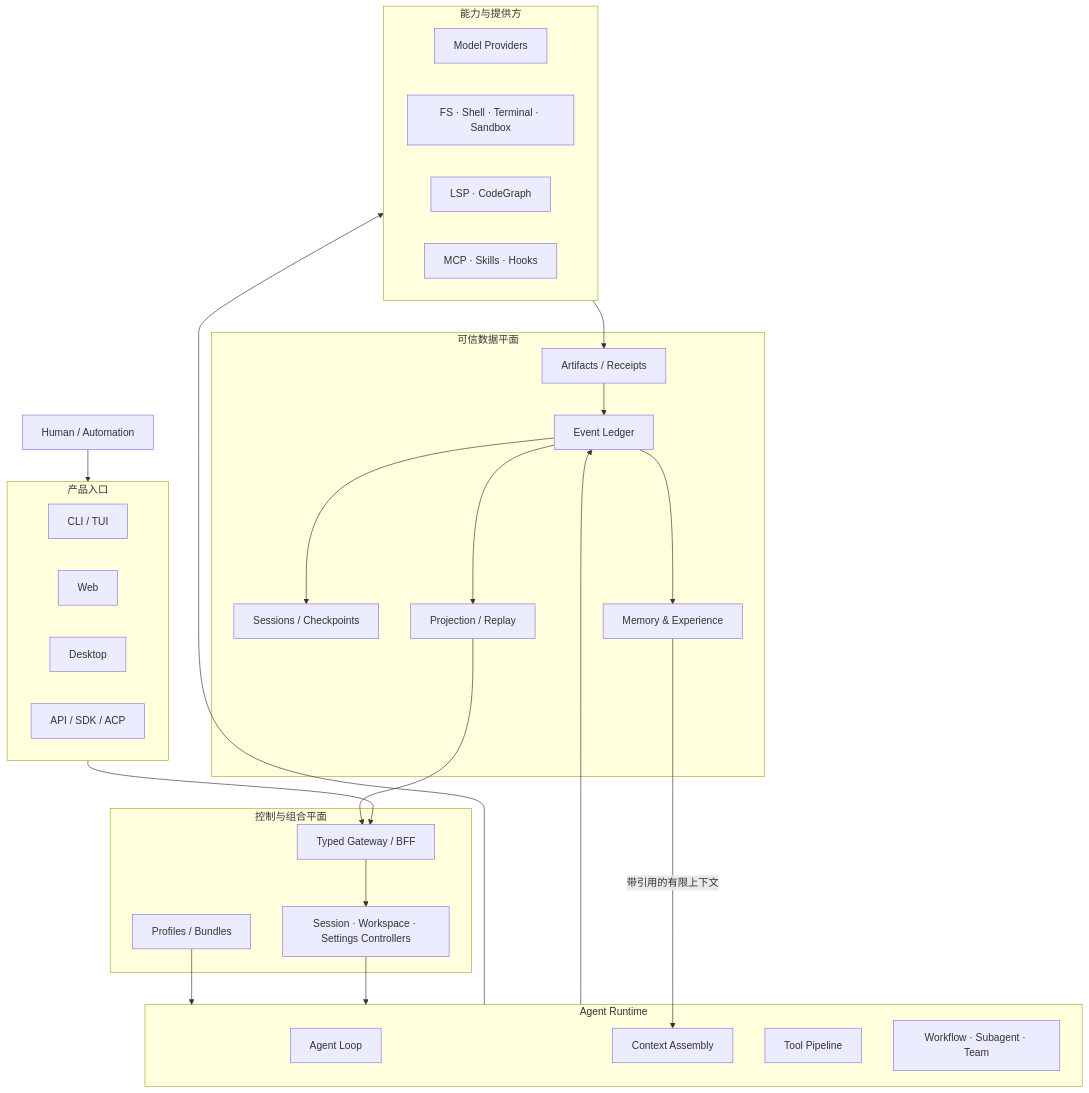
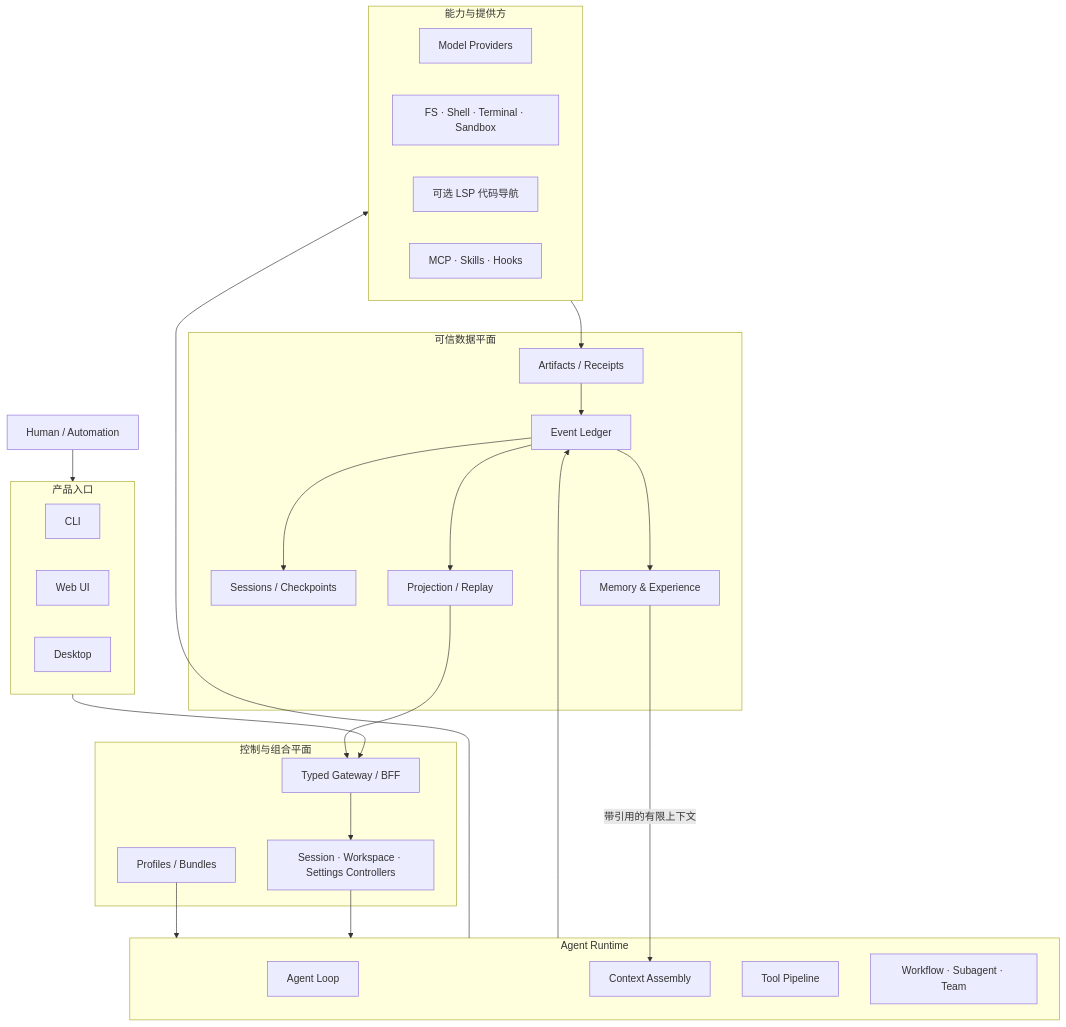
Before and after one commit to Cainheart/tracegraph-agent: the first of 2 diagrams in docs/outlive-agent-v2.md, drawn with Mermaid. The commit also changed other lines of this file and 46 other files, not shown here.

````diff
--- a/docs/outlive-agent-v2.md
+++ b/docs/outlive-agent-v2.md
@@ -88,54 +88,53 @@
 ```mermaid
 flowchart TB
   Human[Human / Automation]
 
   subgraph Surfaces[产品入口]
-    CLI[CLI / TUI]
-    Web[Web]
+    CLI[CLI]
+    Web[Web UI]
     Desktop[Desktop]
-    API[API / SDK / ACP]
   end
 
   subgraph Control[控制与组合平面]
     Gateway[Typed Gateway / BFF]
     Profiles[Profiles / Bundles]
     Controllers[Session · Workspace · Settings Controllers]
   end
 
   subgraph Runtime[Agent Runtime]
     Loop[Agent Loop]
     Context[Context Assembly]
     ToolPipe[Tool Pipeline]
     Orchestration[Workflow · Subagent · Team]
   end
 
   subgraph Truth[可信数据平面]
     Ledger[Event Ledger]
     Artifacts[Artifacts / Receipts]
     Sessions[Sessions / Checkpoints]
     Memory[Memory & Experience]
     Replay[Projection / Replay]
   end
 
   subgraph Capabilities[能力与提供方]
     Models[Model Providers]
     Exec[FS · Shell · Terminal · Sandbox]
-    Intel[LSP · CodeGraph]
+    LSP[可选 LSP 代码导航]
     Connect[MCP · Skills · Hooks]
   end
 
   Human --> Surfaces
   Surfaces --> Gateway
   Gateway --> Controllers
   Profiles --> Runtime
   Controllers --> Runtime
   Runtime --> Capabilities
   Runtime --> Ledger
   Capabilities --> Artifacts
   Artifacts --> Ledger
   Ledger --> Sessions
   Ledger --> Replay
   Ledger --> Memory
   Memory -->|带引用的有限上下文| Context
   Replay --> Gateway
 ```
````
